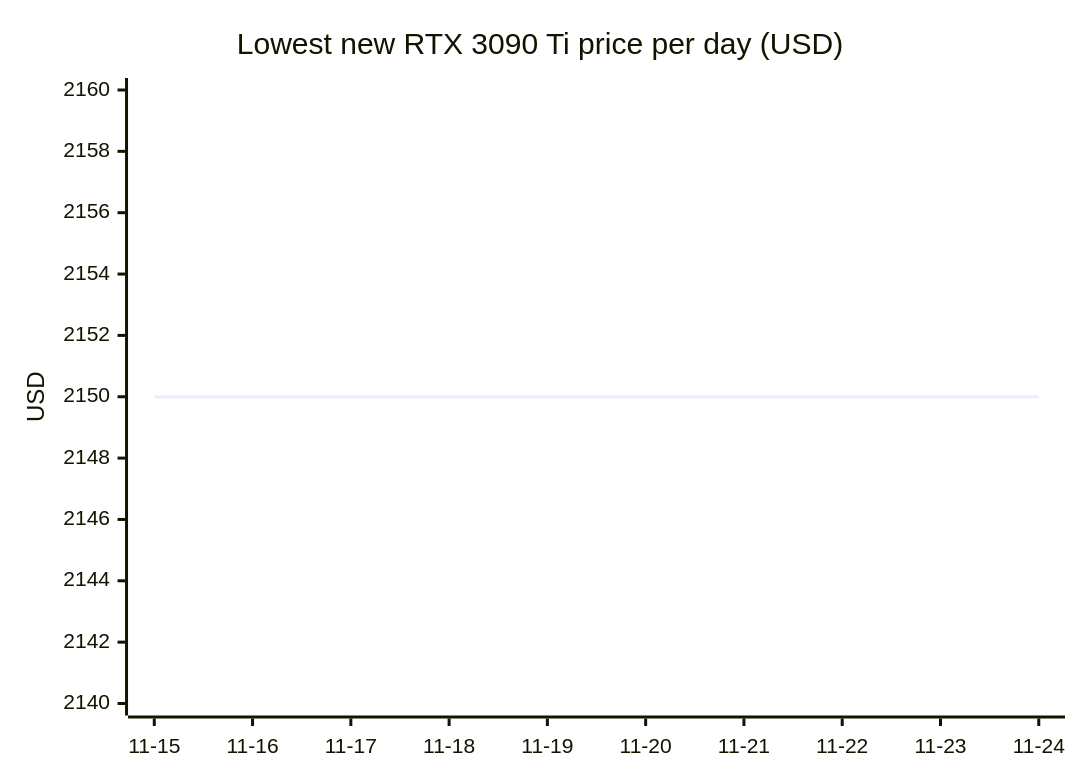
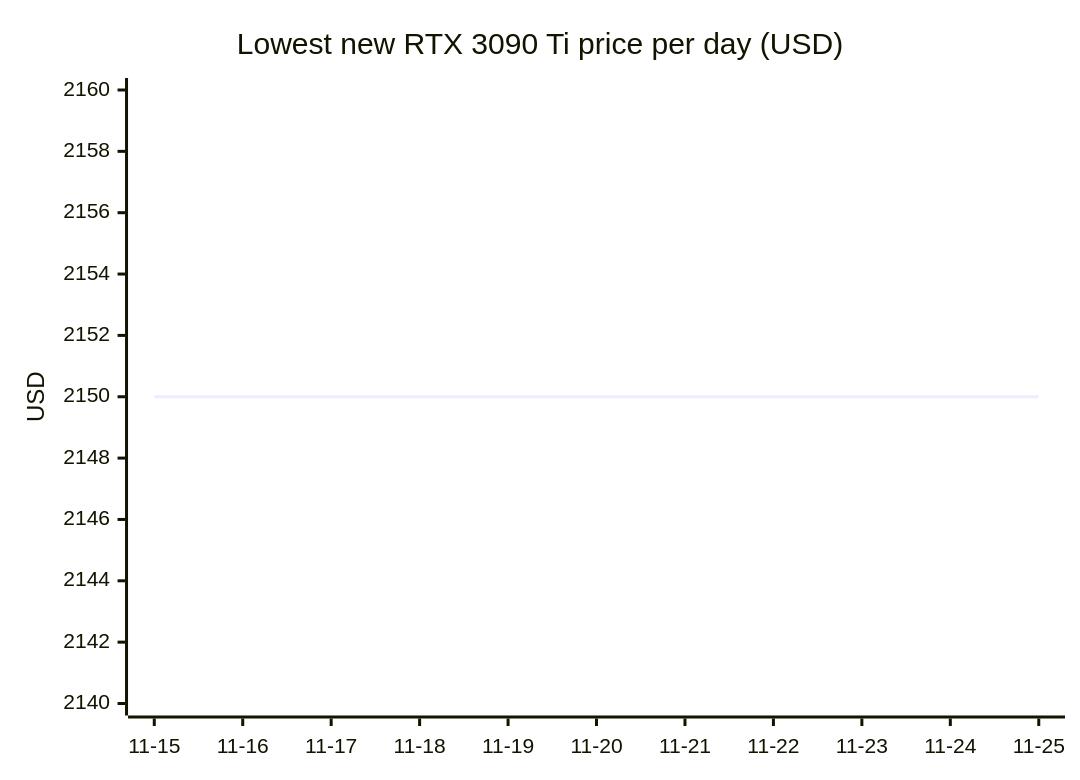
The eighth of 18 diagrams in README.md (7324136828/4tb_ssd_price_watch), drawn with Mermaid before and after one commit. The commit also changed other lines of this file, not shown here.

````diff
--- a/README.md
+++ b/README.md
@@ -938,7 +967,7 @@
 ```mermaid
 xychart-beta
     title "Lowest new RTX 3090 Ti price per day (USD)"
-    x-axis ["11-15", "11-16", "11-17", "11-18", "11-19", "11-20", "11-21", "11-22", "11-23", "11-24"]
+    x-axis ["11-15", "11-16", "11-17", "11-18", "11-19", "11-20", "11-21", "11-22", "11-23", "11-24", "11-25"]
     y-axis "USD" 2140 --> 2160
-    line [2150.00, 2150.00, 2150.00, 2150.00, 2150.00, 2150.00, 2150.00, 2150.00, 2150.00, 2150.00]
+    line [2150.00, 2150.00, 2150.00, 2150.00, 2150.00, 2150.00, 2150.00, 2150.00, 2150.00, 2150.00, 2150.00]
 ```
````
